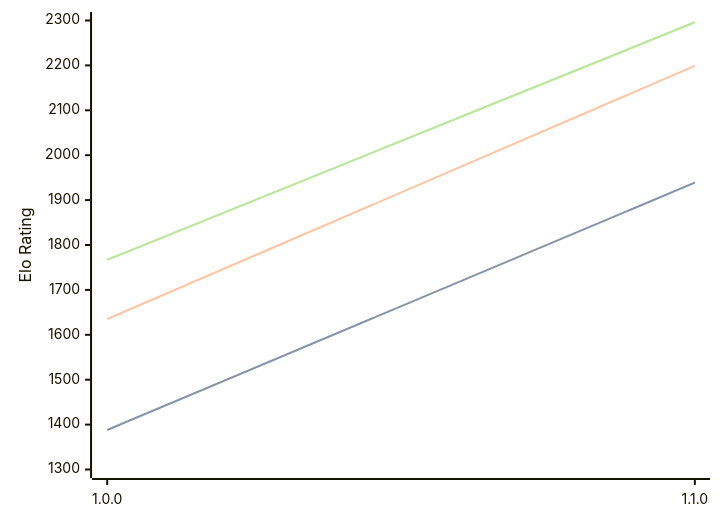
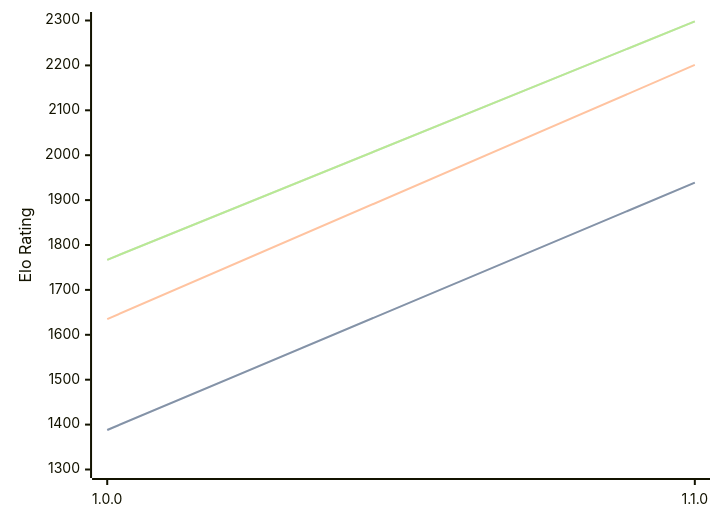
One commit to computer-chess-index/cci changed the diagram in engines/Akerbeltz.md. Above: the diagram before and after it, drawn with Mermaid. The commit also changed other lines of this file, not shown here.

Commit message:
Update CCI Ratings (ELO VLTC) - 2026-09-01

````diff
--- a/engines/Akerbeltz.md
+++ b/engines/Akerbeltz.md
@@ -32,11 +32,11 @@
 ```mermaid
 %%{init: {"theme":"base","themeVariables":{"seriesColors:['#a3a3a3','#222221','#faa371']}}}%%
 xychart-beta
   x-axis ["1.0.0", "1.1.0"]
   y-axis "Elo Rating" 1300 --> 2300
   line "" [1388, 1939]
   line "STC (8.0+0.08s)" [1388, 1939]
-  line "LTC (60.0+0.60s)" [1635, 2199]
-  line "" [1767, 2296]
-  line "VLTC (2m24s+1.12s)" [1767, 2296]
+  line "LTC (60.0+0.60s)" [1635, 2201]
+  line "" [1767, 2298]
+  line "VLTC (2m24s+1.12s)" [1767, 2298]
 ```
````
